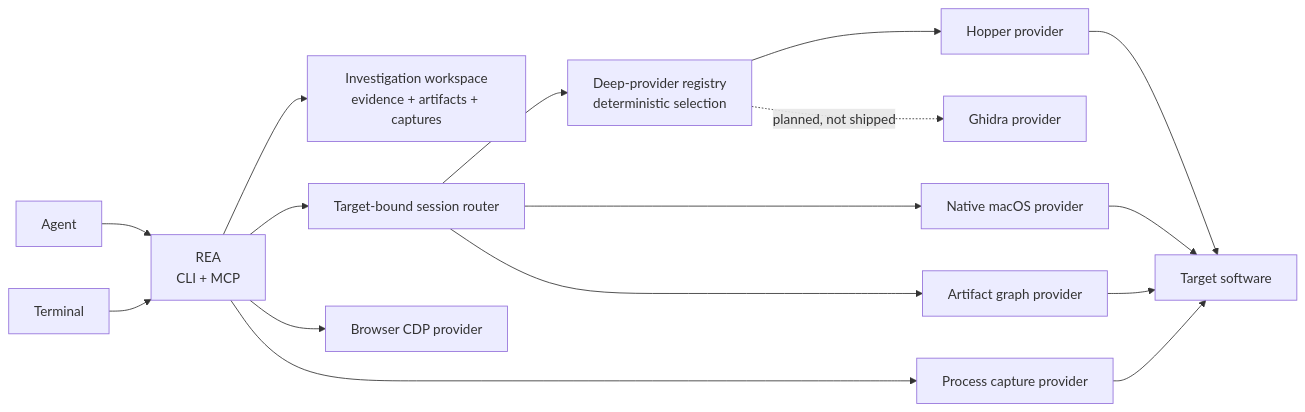
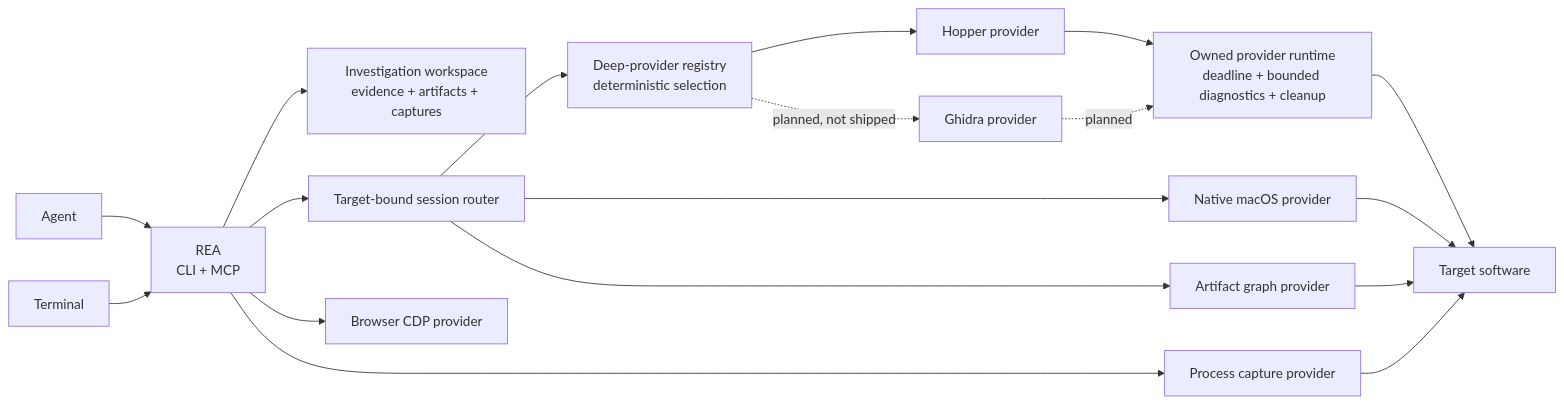
Before and after one commit to bryankwandou/rea: the diagram in README.md, drawn with Mermaid. The commit also changed other lines of this file and 81 other files, not shown here.

````diff
--- a/README.md
+++ b/README.md
@@ -408,18 +408,20 @@
 ```mermaid
 flowchart LR
     Agent["Agent"] --> REA["REA<br/>CLI + MCP"]
     Terminal --> REA
     REA --> Workspace["Investigation workspace<br/>evidence + artifacts + captures"]
     REA --> Session["Target-bound session router"]
     Session --> Registry["Deep-provider registry<br/>deterministic selection"]
     Registry --> Hopper["Hopper provider"]
     Registry -. planned, not shipped .-> Ghidra["Ghidra provider"]
+    Hopper --> Runtime["Owned provider runtime<br/>deadline + bounded diagnostics + cleanup"]
+    Ghidra -. planned .-> Runtime
     Session --> Native["Native macOS provider"]
     Session --> Artifact["Artifact graph provider"]
     REA --> Browser["Browser CDP provider"]
     REA --> Process["Process capture provider"]
-    Hopper --> Target["Target software"]
+    Runtime --> Target["Target software"]
     Process --> Target
     Native --> Target
     Artifact --> Target
 ```
````
